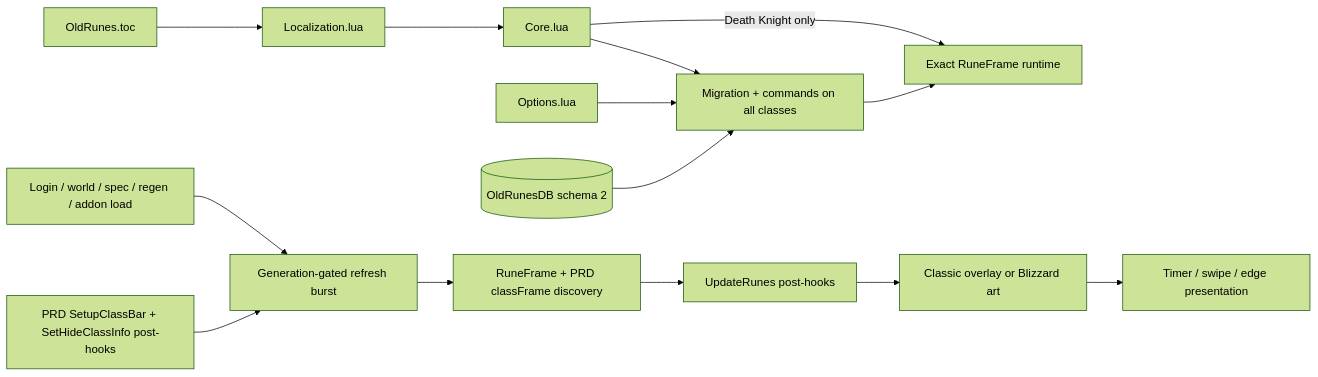
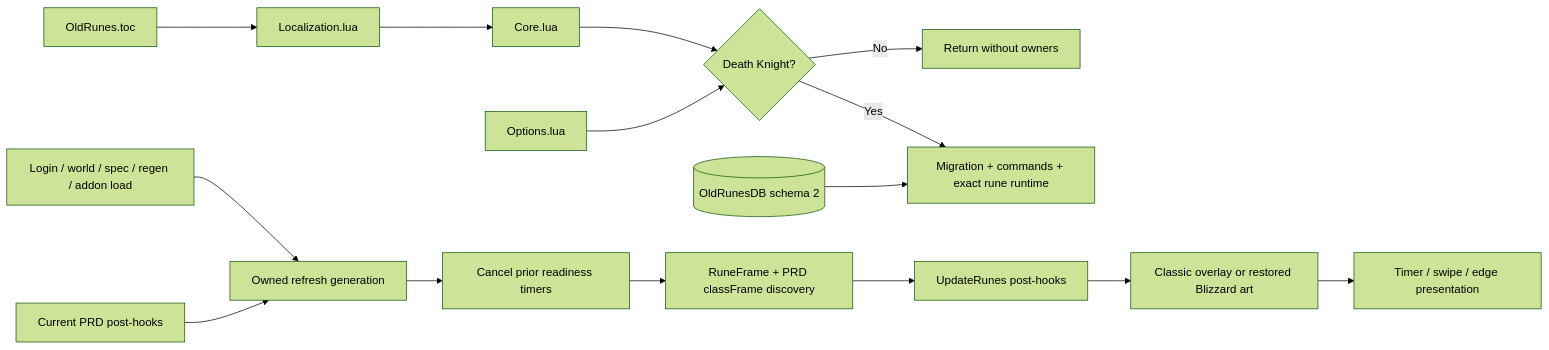
One commit to UnknownAlienHuman/old-runes changed the diagram in CODE_GRAPH.md. Above: the diagram before and after it, drawn with Mermaid (forest theme). The commit also changed 10 other files, not shown here.

````diff
--- a/CODE_GRAPH.md
+++ b/CODE_GRAPH.md
@@ -3,18 +3,19 @@
 ```mermaid
 flowchart LR
   TOC[OldRunes.toc] --> Locale[Localization.lua]
   Locale --> Core[Core.lua]
-  Core --> Shared[Migration + commands on all classes]
-  Core -->|Death Knight only| Runtime[Exact RuneFrame runtime]
-  Options[Options.lua] --> Shared
+  Core --> Gate{Death Knight?}
+  Gate -->|No| Stop[Return without owners]
+  Gate -->|Yes| Runtime[Migration + commands + exact rune runtime]
+  Options[Options.lua] --> Gate
 
-  Events[Login / world / spec / regen / addon load] --> Burst[Generation-gated refresh burst]
-  PRD[PRD SetupClassBar + SetHideClassInfo post-hooks] --> Burst
-  Burst --> Discover[RuneFrame + PRD classFrame discovery]
+  Events[Login / world / spec / regen / addon load] --> Burst[Owned refresh generation]
+  PRD[Current PRD post-hooks] --> Burst
+  Burst --> Cancel[Cancel prior readiness timers]
+  Cancel --> Discover[RuneFrame + PRD classFrame discovery]
   Discover --> Hooks[UpdateRunes post-hooks]
-  Hooks --> Render[Classic overlay or Blizzard art]
+  Hooks --> Render[Classic overlay or restored Blizzard art]
   Render --> Cooldown[Timer / swipe / edge presentation]
 
-  DB[(OldRunesDB schema 2)] --> Shared
-  Shared --> Runtime
+  DB[(OldRunesDB schema 2)] --> Runtime
 ```
````
